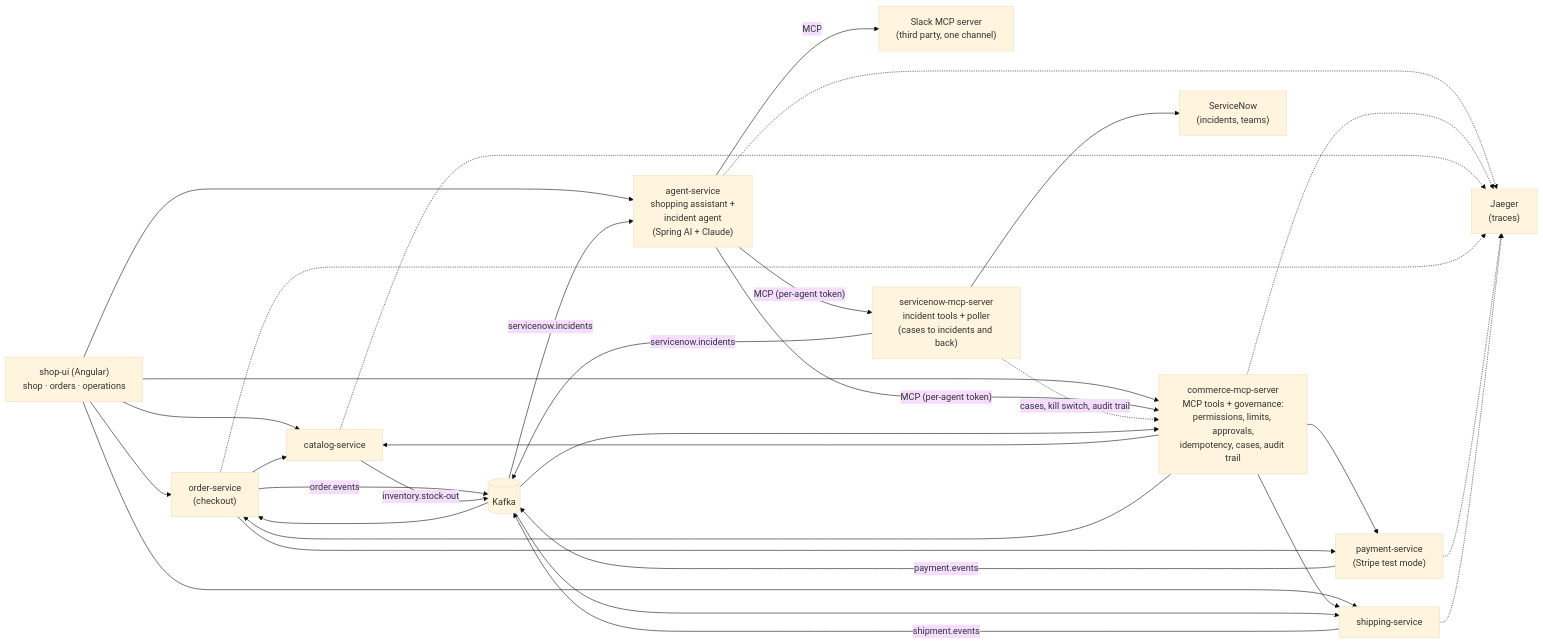
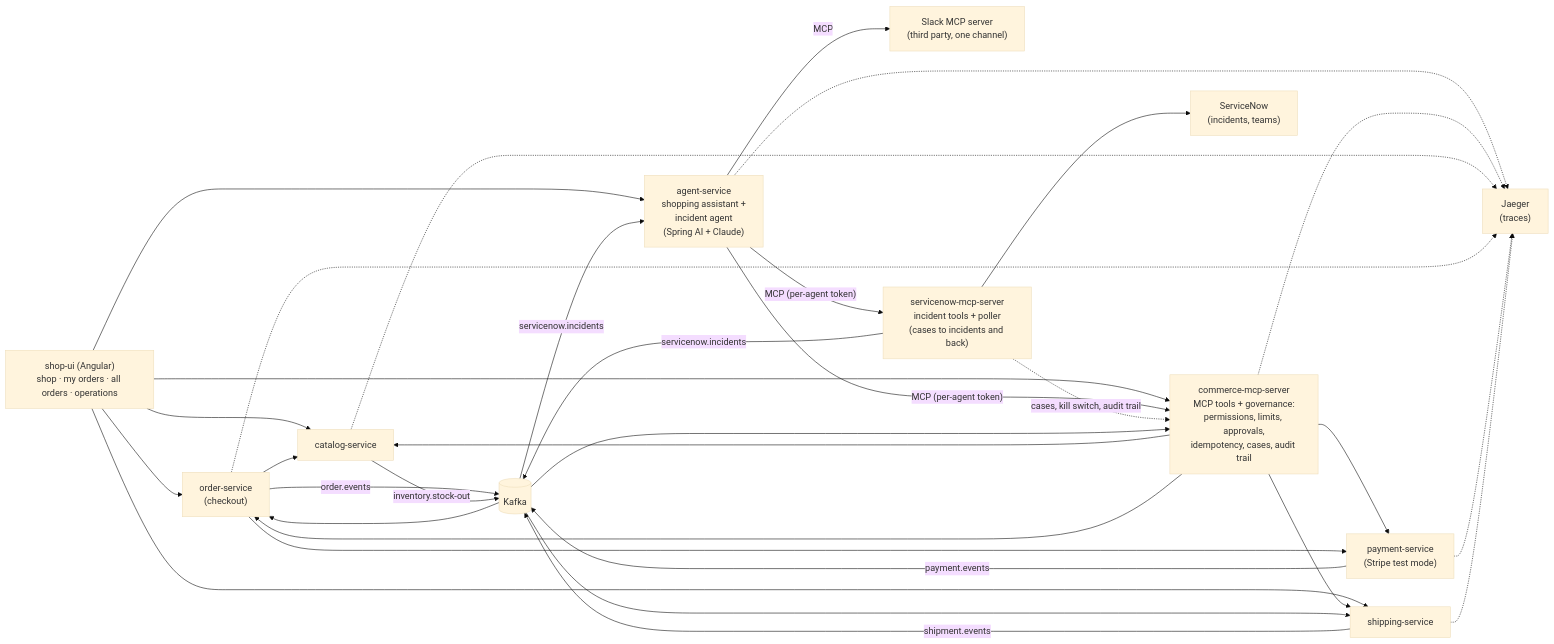
Before and after one commit to exepex/spring-ai-agentic-commerce: the diagram in README.md, drawn with Mermaid (base theme). The commit also changed other lines of this file and 70 other files, not shown here.

````diff
--- a/README.md
+++ b/README.md
@@ -66,32 +66,32 @@
 ```mermaid
 flowchart LR
-    ui["shop-ui (Angular)<br/>shop · orders · operations"]
+    ui["shop-ui (Angular)<br/>shop · my orders · all orders · operations"]
     agent["agent-service<br/>shopping assistant +<br/>incident agent<br/>(Spring AI + Claude)"]
     mcp["commerce-mcp-server<br/>MCP tools + governance:<br/>permissions, limits, approvals,<br/>idempotency, cases, audit trail"]
     slack["Slack MCP server<br/>(third party, one channel)"]
     snmcp["servicenow-mcp-server<br/>incident tools + poller<br/>(cases to incidents and back)"]
     snow["ServiceNow<br/>(incidents, teams)"]
     catalog["catalog-service"]
     orders["order-service<br/>(checkout)"]
     payments["payment-service<br/>(Stripe test mode)"]
     shipping["shipping-service"]
     kafka[("Kafka")]
     jaeger["Jaeger<br/>(traces)"]
 
     ui --> orders & catalog & shipping & agent & mcp
     agent -- "MCP (per-agent token)" --> mcp
     agent -- MCP --> slack
     agent -- "MCP (per-agent token)" --> snmcp
     snmcp --> snow
     snmcp -. "cases, kill switch, audit trail" .-> mcp
     snmcp -- servicenow.incidents --> kafka
     mcp --> catalog & orders & payments & shipping
     orders --> catalog & payments
     orders -- order.events --> kafka
     shipping -- shipment.events --> kafka
     payments -- payment.events --> kafka
     catalog -- inventory.stock-out --> kafka
     kafka --> orders & shipping & mcp
     kafka -- servicenow.incidents --> agent
     agent & mcp & catalog & orders & payments & shipping -.-> jaeger
 ```
````
